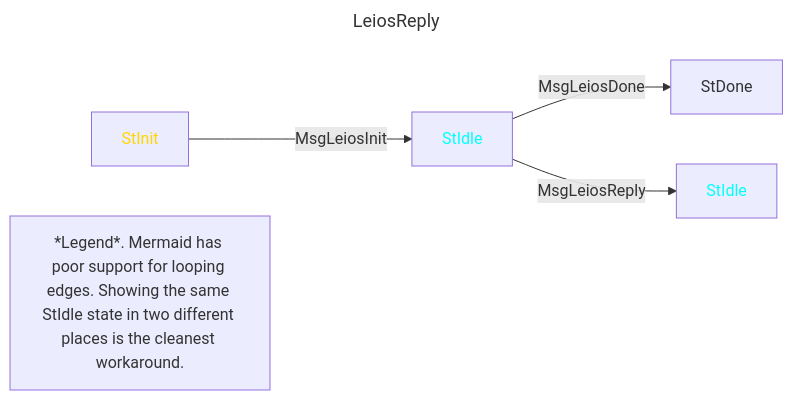
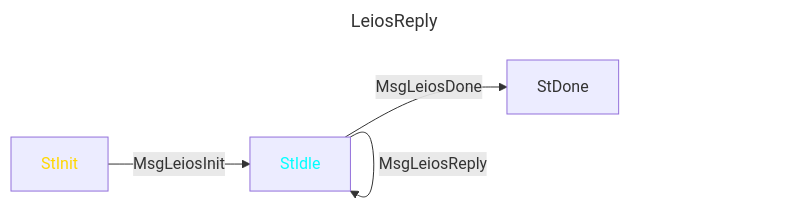
One commit to input-output-hk/ouroboros-leios changed the ninth of 9 diagrams in NewLinearLeiosMiniProtocols.md. Above: the diagram before and after it, drawn with Mermaid. The commit also changed other lines of this file, not shown here.

````diff
--- a/NewLinearLeiosMiniProtocols.md
+++ b/NewLinearLeiosMiniProtocols.md
@@ -79,17 +267,14 @@
 ```mermaid
 ---
 title: LeiosReply
 ---
 graph LR
    style StInit color:gold;
    style StIdle color:cyan;
-   StIdleDup[StIdle]; style StIdleDup color:cyan;
 
    StInit -->|MsgLeiosInit| StIdle
 
    StIdle -->|MsgLeiosDone| StDone
 
-   StIdle -->|MsgLeiosReply| StIdleDup
-
-   Note[*Legend*. Mermaid has poor support for looping edges. Showing the same StIdle state in two different places is the cleanest workaround.]
+   StIdle -->|MsgLeiosReply| StIdle
 ```
````
